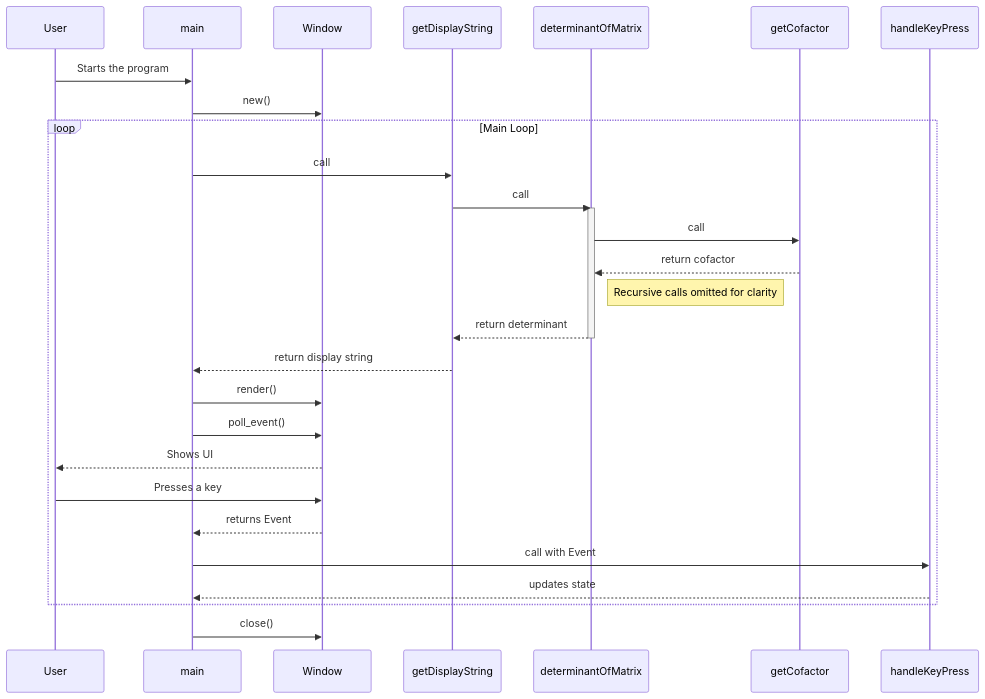
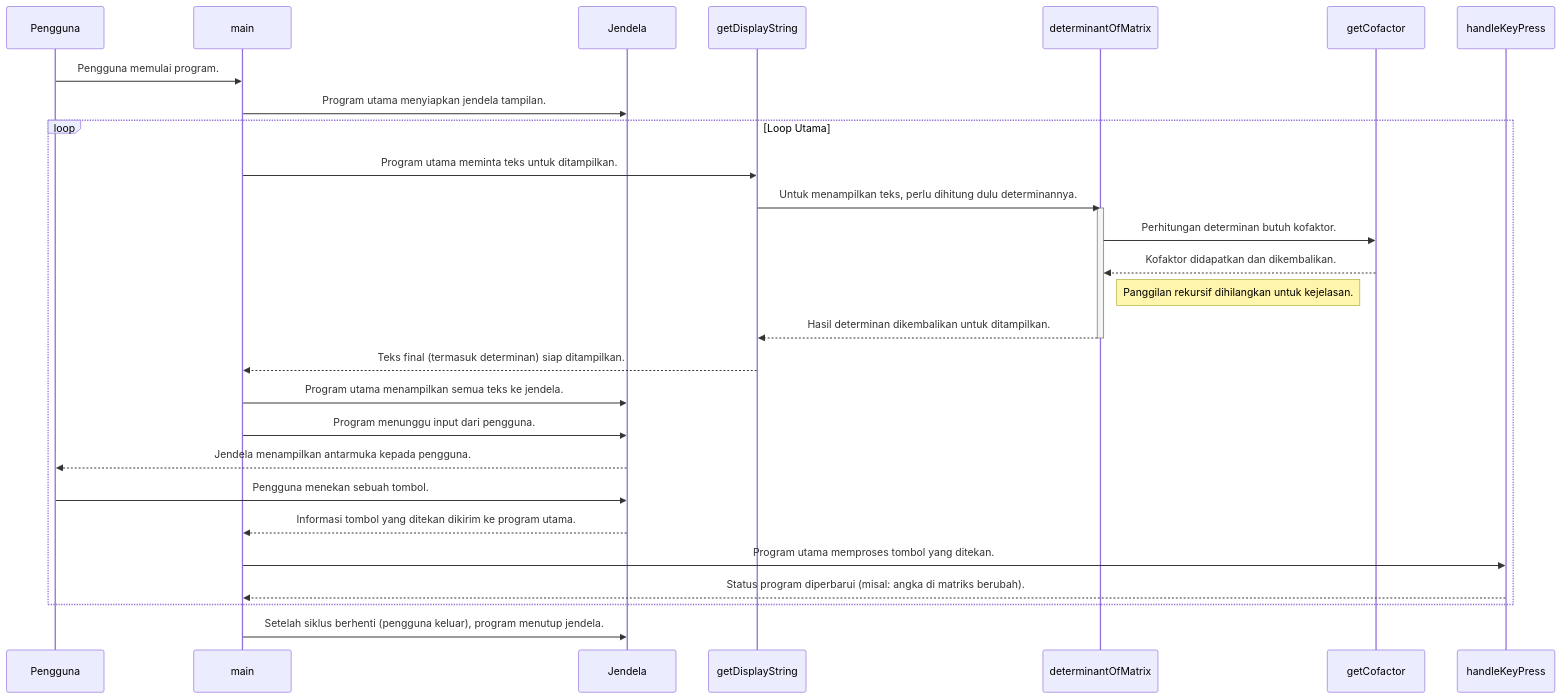
One commit to Rizkiacry/interactive-matrix-determinant changed the second of 2 diagrams in README.md. Above: the diagram before and after it, drawn with Mermaid.

Commit message:
docs: add layman's term explanations to sequence diagram in Indonesian

````diff
--- a/README.md
+++ b/README.md
@@ -32,32 +32,32 @@
 ```mermaid
 sequenceDiagram
-    participant User
+    participant Pengguna
     participant main
-    participant Window
+    participant Jendela
     participant getDisplayString
     participant determinantOfMatrix
     participant getCofactor
     participant handleKeyPress
 
-    User->>main: Starts the program
-    main->>Window: new()
-    loop Main Loop
-        main->>getDisplayString: call
-        getDisplayString->>determinantOfMatrix: call
+    Pengguna->>main: Pengguna memulai program.
+    main->>Jendela: Program utama menyiapkan jendela tampilan.
+    loop Loop Utama
+        main->>getDisplayString: Program utama meminta teks untuk ditampilkan.
+        getDisplayString->>determinantOfMatrix: Untuk menampilkan teks, perlu dihitung dulu determinannya.
         activate determinantOfMatrix
-        determinantOfMatrix->>getCofactor: call
-        getCofactor-->>determinantOfMatrix: return cofactor
-        Note right of determinantOfMatrix: Recursive calls omitted for clarity
-        determinantOfMatrix-->>getDisplayString: return determinant
+        determinantOfMatrix->>getCofactor: Perhitungan determinan butuh kofaktor.
+        getCofactor-->>determinantOfMatrix: Kofaktor didapatkan dan dikembalikan.
+        Note right of determinantOfMatrix: Panggilan rekursif dihilangkan untuk kejelasan.
+        determinantOfMatrix-->>getDisplayString: Hasil determinan dikembalikan untuk ditampilkan.
         deactivate determinantOfMatrix
-        getDisplayString-->>main: return display string
-        main->>Window: render()
-        main->>Window: poll_event()
-        Window-->>User: Shows UI
-        User->>Window: Presses a key
-        Window-->>main: returns Event
-        main->>handleKeyPress: call with Event
-        handleKeyPress-->>main: updates state
+        getDisplayString-->>main: Teks final (termasuk determinan) siap ditampilkan.
+        main->>Jendela: Program utama menampilkan semua teks ke jendela.
+        main->>Jendela: Program menunggu input dari pengguna.
+        Jendela-->>Pengguna: Jendela menampilkan antarmuka kepada pengguna.
+        Pengguna->>Jendela: Pengguna menekan sebuah tombol.
+        Jendela-->>main: Informasi tombol yang ditekan dikirim ke program utama.
+        main->>handleKeyPress: Program utama memproses tombol yang ditekan.
+        handleKeyPress-->>main: Status program diperbarui (misal: angka di matriks berubah).
     end
-    main->>Window: close()
+    main->>Jendela: Setelah siklus berhenti (pengguna keluar), program menutup jendela.
 ```
````
